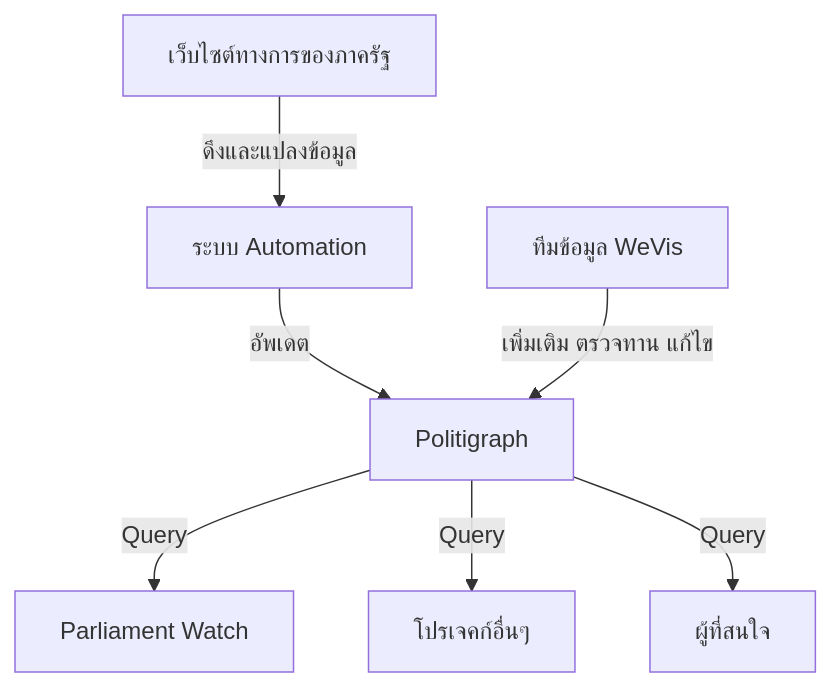
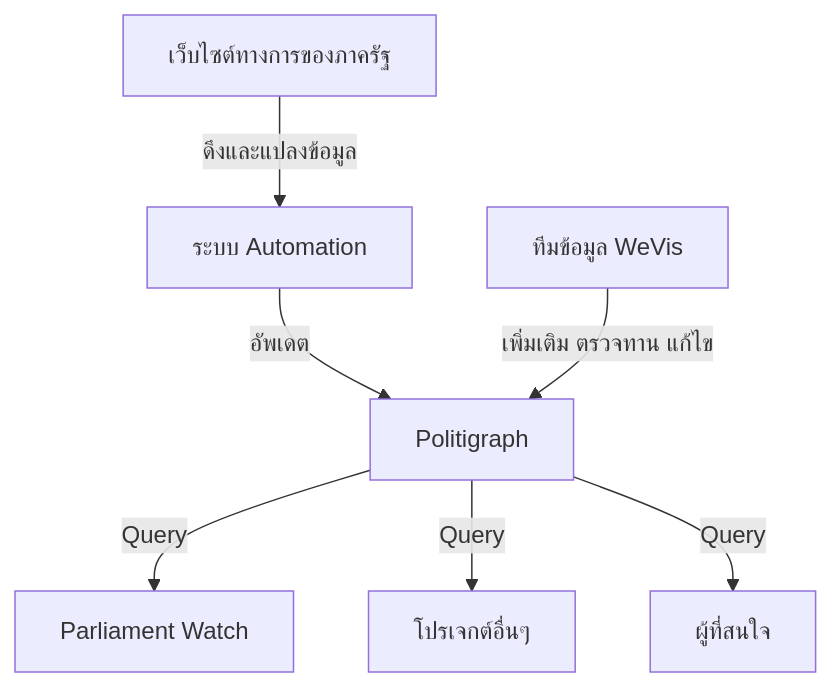
One commit to wevisdemo/politigraph changed the first of 2 diagrams in apps/docs/src/content/docs/getting-started/index.mdx. Above: the diagram before and after it, drawn with Mermaid. The commit also changed other lines of this file and 11 other files, not shown here.

````diff
--- a/apps/docs/src/content/docs/getting-started/index.mdx
+++ b/apps/docs/src/content/docs/getting-started/index.mdx
@@ -23,9 +23,9 @@
 ```mermaid
 graph TD
   A[เว็บไซต์ทางการของภาครัฐ] -->|ดึงและแปลงข้อมูล| B[ระบบ Automation]
   B -->|อัพเดต| C[Politigraph]
   D[ทีมข้อมูล WeVis] -->|เพิ่มเติม ตรวจทาน แก้ไข| C
   C -->|Query| E[Parliament Watch]
-  C -->|Query| F[โปรเจคก์อื่นๆ]
+  C -->|Query| F[โปรเจกต์อื่นๆ]
   C -->|Query| G[ผู้ที่สนใจ]
 ```
````
